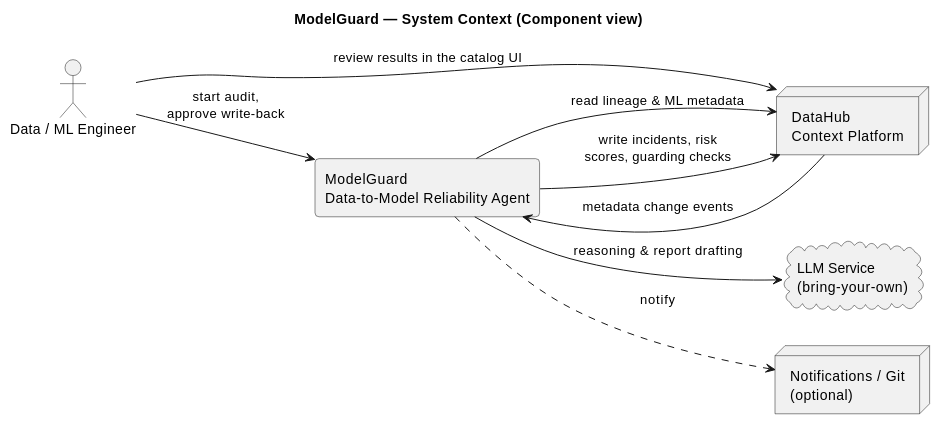
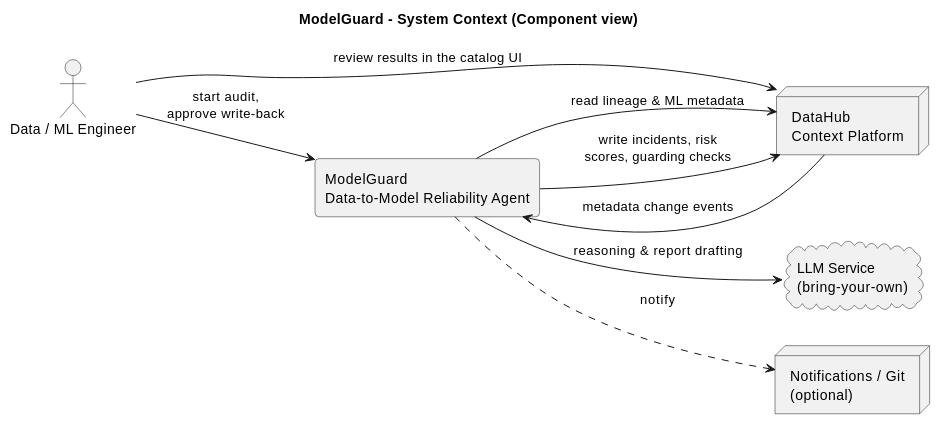
The first of 5 diagrams in docs/plan/architecture.md (Ahmedxsaad/Janus), drawn with PlantUML before and after one commit. The commit also changed other lines of this file and 15 other files, not shown here.

````diff
--- a/docs/plan/architecture.md
+++ b/docs/plan/architecture.md
@@ -47,25 +47,25 @@
 ```plantuml
 @startuml
-title ModelGuard — System Context (Component view)
+title ModelGuard - System Context (Component view)
 skinparam shadowing false
 skinparam roundcorner 8
 skinparam componentStyle rectangle
 skinparam defaultFontName "Helvetica"
 left to right direction
 
 actor "Data / ML Engineer" as Eng
 
 component "ModelGuard\nData-to-Model Reliability Agent" as MG
 node "DataHub\nContext Platform" as DH
 cloud "LLM Service\n(bring-your-own)" as LLM
 node "Notifications / Git\n(optional)" as Ext
 
 Eng --> MG : start audit,\napprove write-back
 MG --> DH : read lineage & ML metadata
 MG --> DH : write incidents, risk\nscores, guarding checks
 DH --> MG : metadata change events
 MG --> LLM : reasoning & report drafting
 MG ..> Ext : notify
 Eng --> DH : review results in the catalog UI
 @enduml
 ```
````
